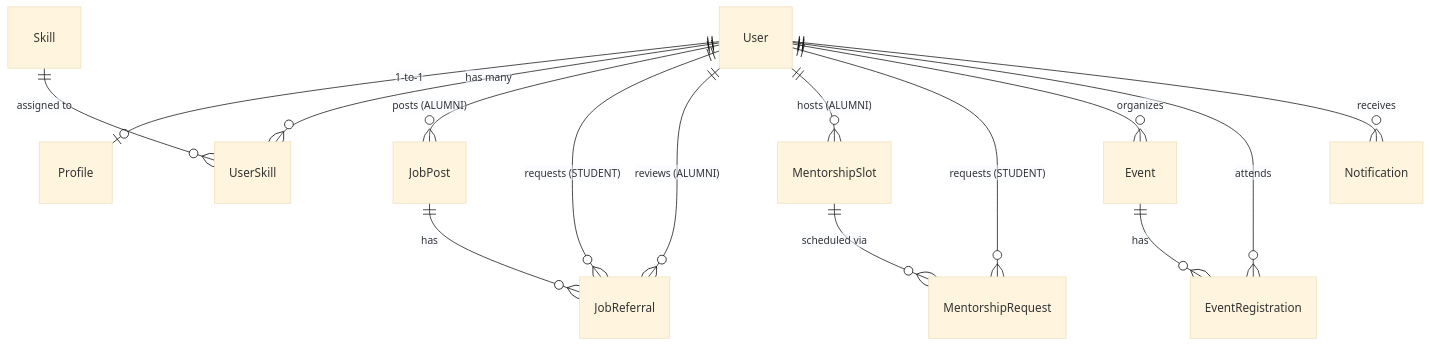
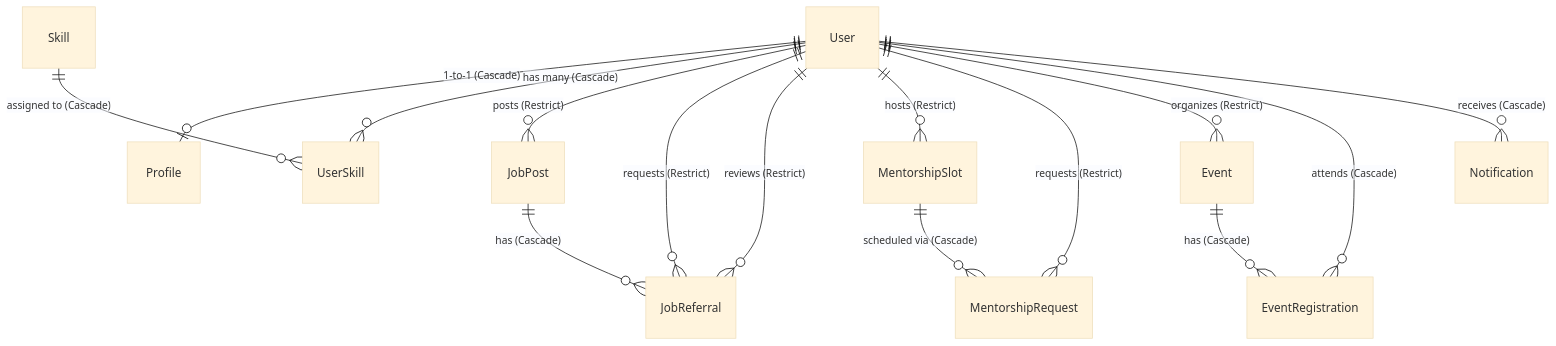
One commit to Wombatfreak6/AlumniConnect changed the second of 3 diagrams in README.md. Above: the diagram before and after it, drawn with Mermaid (base theme). The commit also changed other lines of this file, not shown here.

Commit message:
docs: comprehensively enhance project documentation, architecture, API reference, and setup guide

````diff
--- a/README.md
+++ b/README.md
@@ -274,17 +292,17 @@
 ```mermaid
 erDiagram
-    User ||--o| Profile : "1-to-1"
-    User ||--o{ UserSkill : "has many"
-    Skill ||--o{ UserSkill : "assigned to"
-    User ||--o{ JobPost : "posts (ALUMNI)"
-    JobPost ||--o{ JobReferral : "has"
-    User ||--o{ JobReferral : "requests (STUDENT)"
-    User ||--o{ JobReferral : "reviews (ALUMNI)"
-    User ||--o{ MentorshipSlot : "hosts (ALUMNI)"
-    MentorshipSlot ||--o{ MentorshipRequest : "scheduled via"
-    User ||--o{ MentorshipRequest : "requests (STUDENT)"
-    User ||--o{ Event : "organizes"
-    Event ||--o{ EventRegistration : "has"
-    User ||--o{ EventRegistration : "attends"
-    User ||--o{ Notification : "receives"
+    User ||--o| Profile : "1-to-1 (Cascade)"
+    User ||--o{ UserSkill : "has many (Cascade)"
+    Skill ||--o{ UserSkill : "assigned to (Cascade)"
+    User ||--o{ JobPost : "posts (Restrict)"
+    JobPost ||--o{ JobReferral : "has (Cascade)"
+    User ||--o{ JobReferral : "requests (Restrict)"
+    User ||--o{ JobReferral : "reviews (Restrict)"
+    User ||--o{ MentorshipSlot : "hosts (Restrict)"
+    MentorshipSlot ||--o{ MentorshipRequest : "scheduled via (Cascade)"
+    User ||--o{ MentorshipRequest : "requests (Restrict)"
+    User ||--o{ Event : "organizes (Restrict)"
+    Event ||--o{ EventRegistration : "has (Cascade)"
+    User ||--o{ EventRegistration : "attends (Cascade)"
+    User ||--o{ Notification : "receives (Cascade)"
 ```
````
